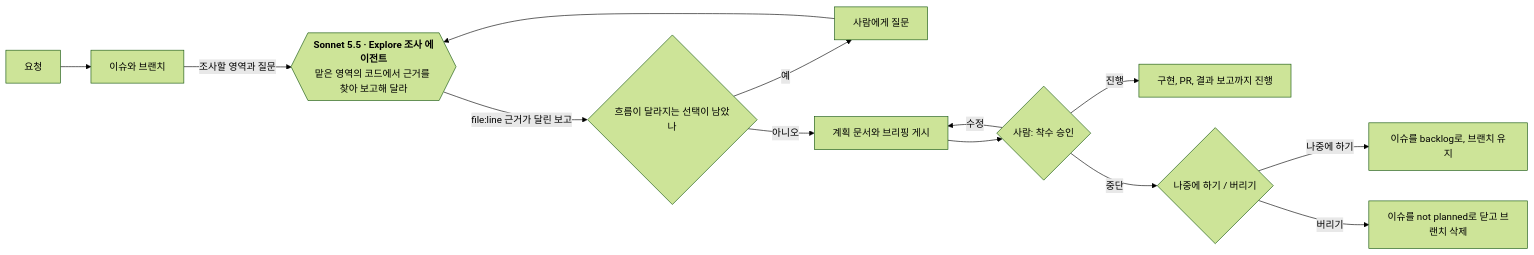
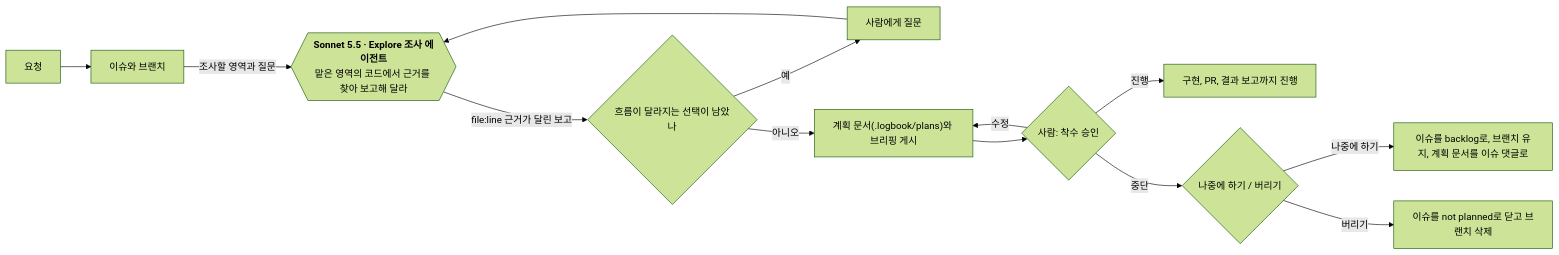
The fourth of 9 diagrams in docs/system/flows.md (dincal/agent_logbook), drawn with Mermaid (forest theme) before and after one commit. The commit also changed other lines of this file and 22 other files, not shown here.

````diff
--- a/docs/system/flows.md
+++ b/docs/system/flows.md
@@ -103,16 +103,16 @@
 ```mermaid
 flowchart LR
   A["요청"] --> B["이슈와 브랜치"]
   B -->|"조사할 영역과 질문"| C{{"`**Sonnet 5.5 · Explore 조사 에이전트**
   맡은 영역의 코드에서 근거를 찾아 보고해 달라`"}}
   C -->|"file:line 근거가 달린 보고"| D{"흐름이 달라지는 선택이 남았나"}
   D -->|"예"| Q["사람에게 질문"]
   Q --> C
-  D -->|"아니오"| E["계획 문서와 브리핑 게시"]
+  D -->|"아니오"| E["계획 문서(.logbook/plans)와 브리핑 게시"]
   E --> F{"사람: 착수 승인"}
   F -->|"진행"| G["구현, PR, 결과 보고까지 진행"]
   F -->|"수정"| E
   F -->|"중단"| X{"나중에 하기 / 버리기"}
-  X -->|"나중에 하기"| L["이슈를 backlog로, 브랜치 유지"]
+  X -->|"나중에 하기"| L["이슈를 backlog로, 브랜치 유지, 계획 문서를 이슈 댓글로"]
   X -->|"버리기"| Y["이슈를 not planned로 닫고 브랜치 삭제"]
 ```
````
